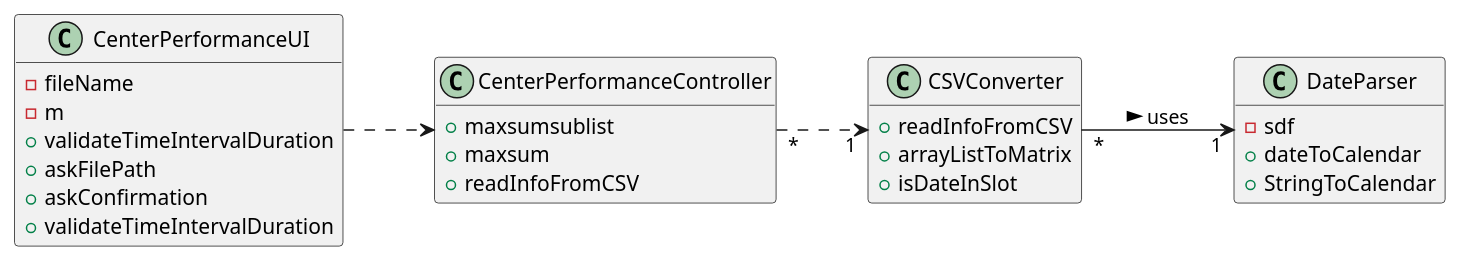
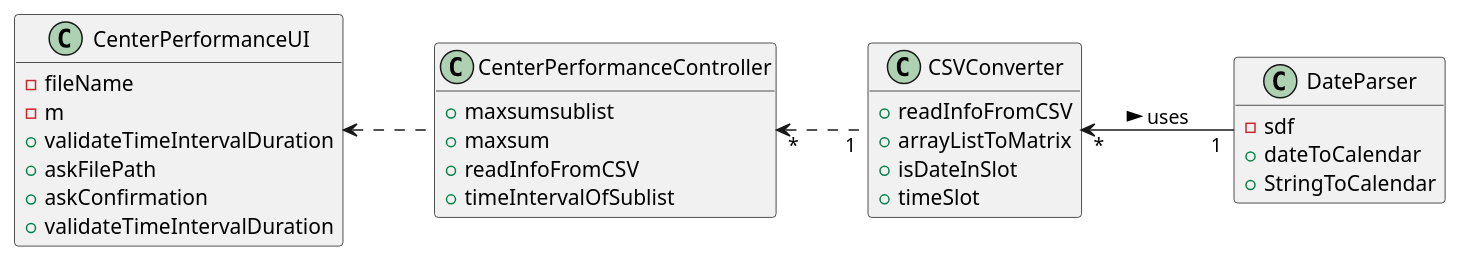
Before and after one commit to PedroMesquita1211171/VaccinationManager: the diagram in docs/SprintD/US/US16/US016_CD.puml, drawn with PlantUML. The commit also changed 7 other files, not shown here.

```diff
--- a/docs/SprintD/US/US16/US016_CD.puml
+++ b/docs/SprintD/US/US16/US016_CD.puml
@@ -1,42 +1,43 @@
 @startuml
 'https://plantuml.com/sequence-diagram
 
 hide empty members
 left to right direction
 
  class CSVConverter{
  +readInfoFromCSV
  +arrayListToMatrix
  +isDateInSlot
-
++timeSlot
  }
 
  class DateParser{
  -sdf
 +dateToCalendar
 +StringToCalendar
  }
 
  class CenterPerformanceUI{
  -fileName
  - m
  +validateTimeIntervalDuration
  +askFilePath
  +askConfirmation
  +validateTimeIntervalDuration
  }
 
 
  class CenterPerformanceController{
   +maxsumsublist
   +maxsum
   +readInfoFromCSV
+  +timeIntervalOfSublist
   }
 
 
 
- CenterPerformanceUI ..> CenterPerformanceController
- CenterPerformanceController "*" ..> "1" CSVConverter
- CSVConverter "*" --> "1" DateParser: uses >
+ CenterPerformanceUI <.. CenterPerformanceController
+ CenterPerformanceController "*" <.. "1" CSVConverter
+ CSVConverter "*" <-- "1" DateParser: uses >
 
 @enduml
```
